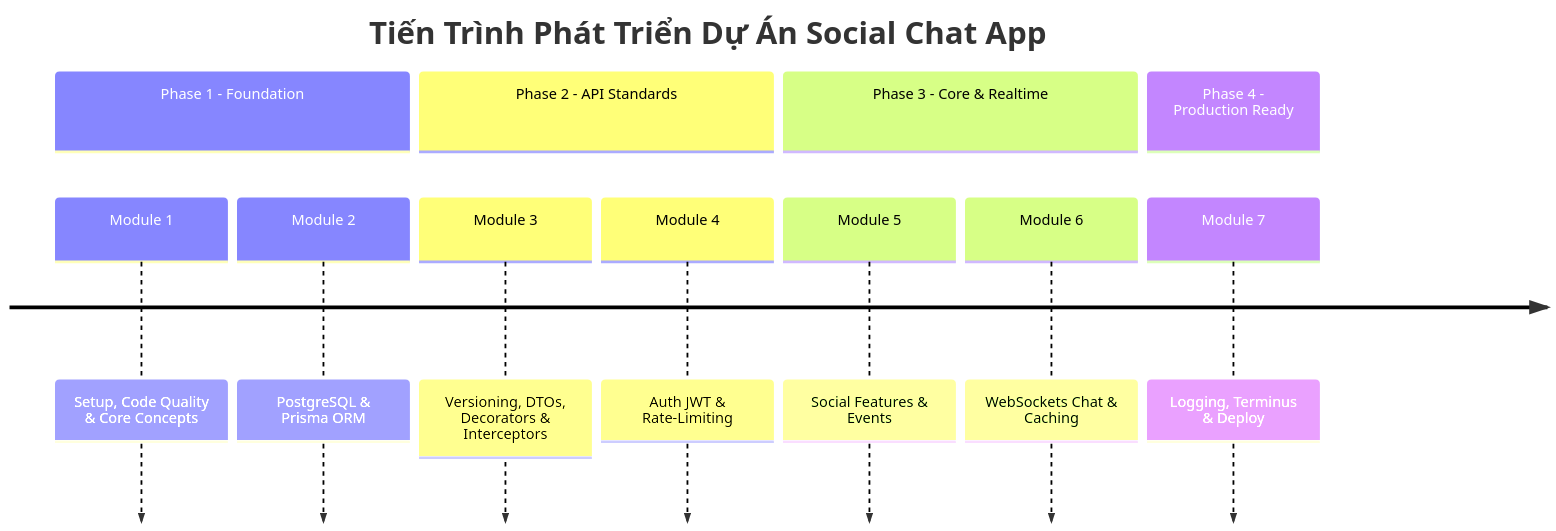
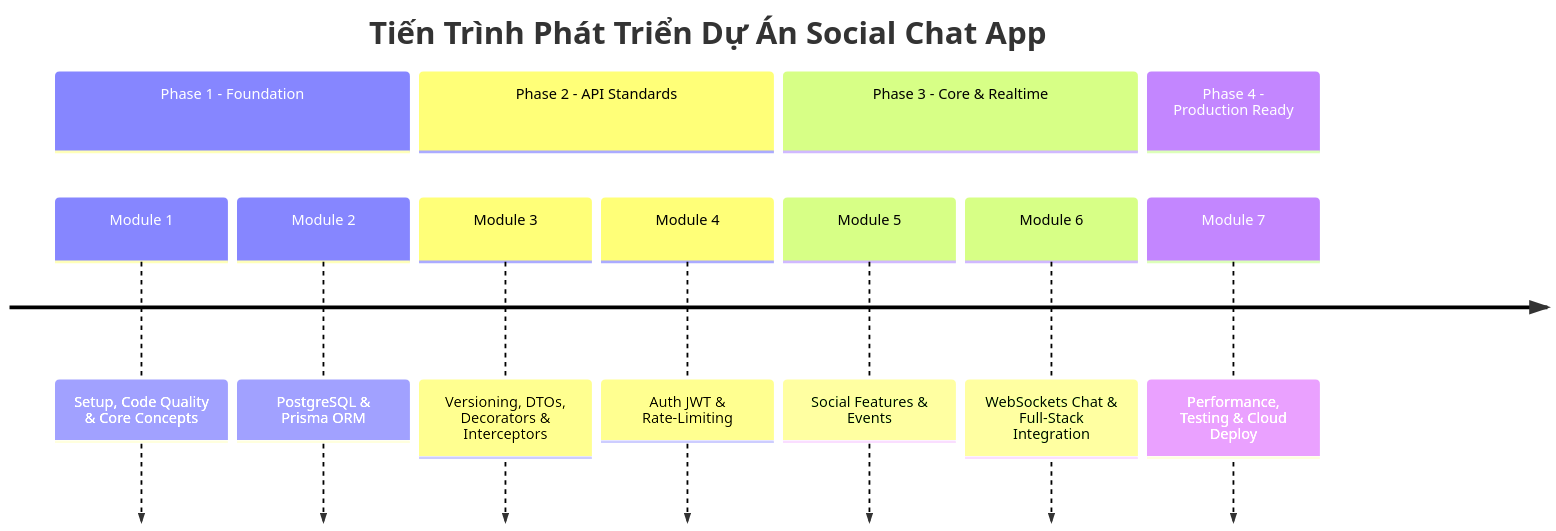
The diagram in docs/00-curriculum-blueprint.md (thanhmati/nestjs-basic-course), drawn with Mermaid before and after one commit. The commit also changed other lines of this file and 3 other files, not shown here.

````diff
--- a/docs/00-curriculum-blueprint.md
+++ b/docs/00-curriculum-blueprint.md
@@ -15,15 +15,15 @@
 ```mermaid
 timeline
     title Tiến Trình Phát Triển Dự Án Social Chat App
     section Phase 1 - Foundation
         Module 1 : Setup, Code Quality & Core Concepts
         Module 2 : PostgreSQL & Prisma ORM
     section Phase 2 - API Standards
         Module 3 : Versioning, DTOs, Decorators & Interceptors
         Module 4 : Auth JWT & Rate-Limiting
     section Phase 3 - Core & Realtime
         Module 5 : Social Features & Events
-        Module 6 : WebSockets Chat & Caching
+        Module 6 : WebSockets Chat & Full-Stack Integration
     section Phase 4 - Production Ready
-        Module 7 : Logging, Terminus & Deploy
+        Module 7 : Performance, Testing & Cloud Deploy
 ```
````
